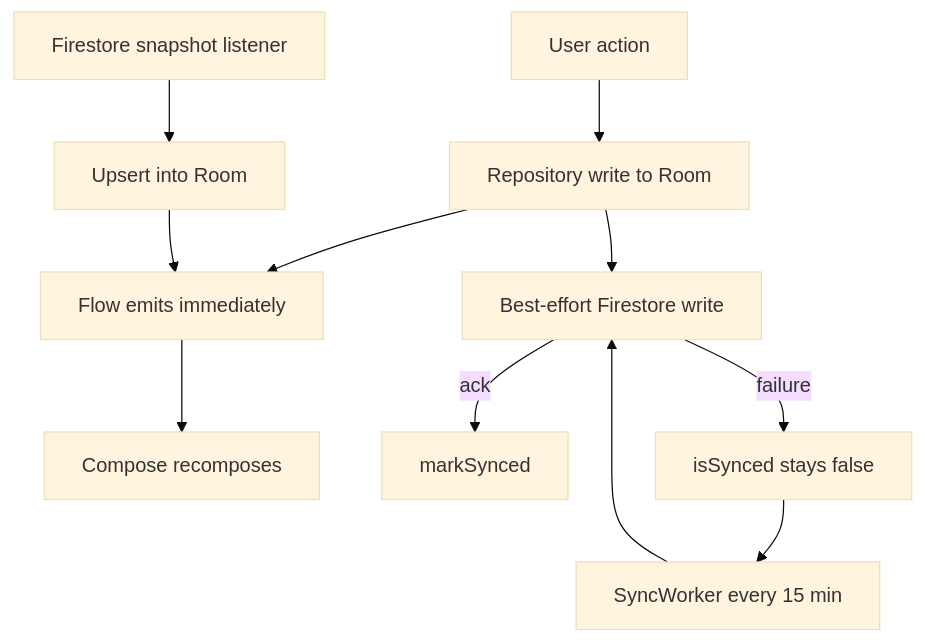
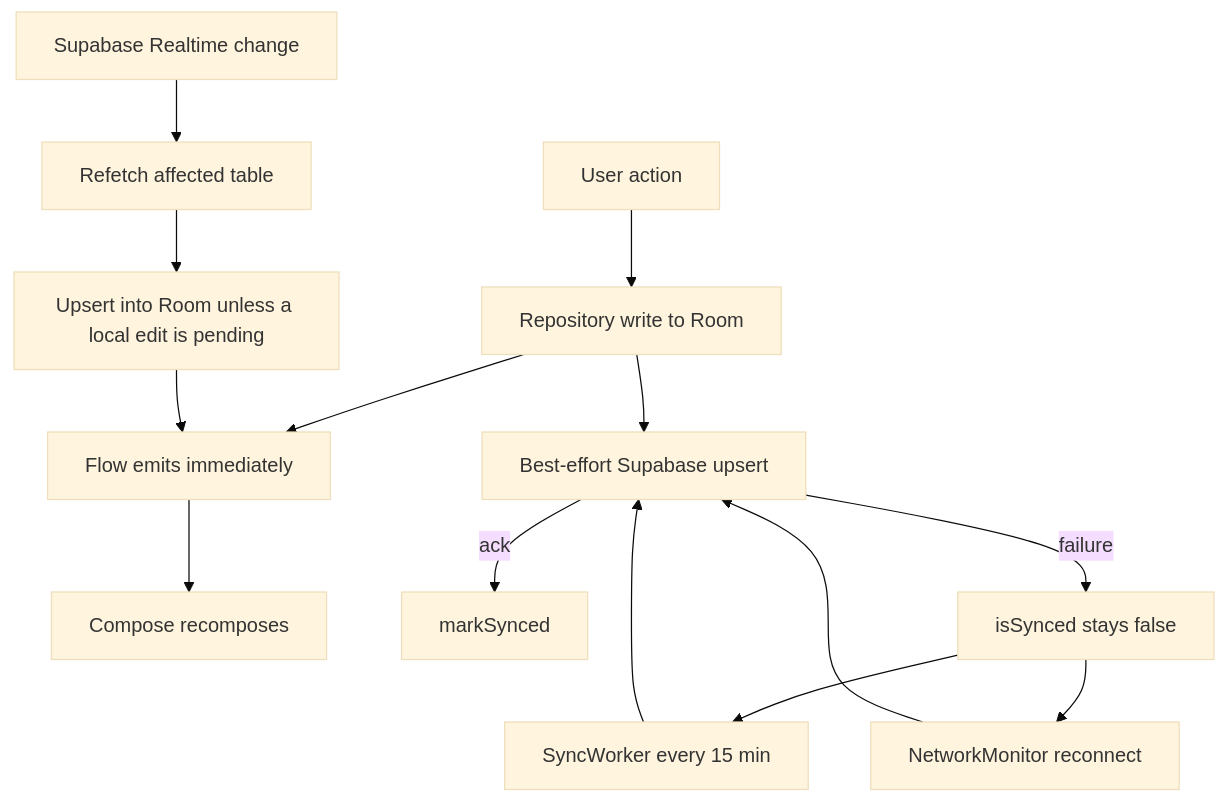
Before and after one commit to Koe-byte/SortMate: the fourth of 5 diagrams in docs/ARCHITECTURE.md, drawn with Mermaid (base theme). The commit also changed other lines of this file and 87 other files, not shown here.

````diff
--- a/docs/ARCHITECTURE.md
+++ b/docs/ARCHITECTURE.md
@@ -229,13 +270,16 @@
 ```mermaid
 flowchart TD
     A[User action] --> B[Repository write to Room]
     B --> C[Flow emits immediately]
     C --> D[Compose recomposes]
-    B --> E[Best-effort Firestore write]
+    B --> E[Best-effort Supabase upsert]
     E -->|ack| F[markSynced]
     E -->|failure| G[isSynced stays false]
     G --> H[SyncWorker every 15 min]
+    G --> I[NetworkMonitor reconnect]
     H --> E
-    I[Firestore snapshot listener] --> J[Upsert into Room]
-    J --> C
+    I --> E
+    J[Supabase Realtime change] --> K[Refetch affected table]
+    K --> L[Upsert into Room unless a local edit is pending]
+    L --> C
 ```
````
